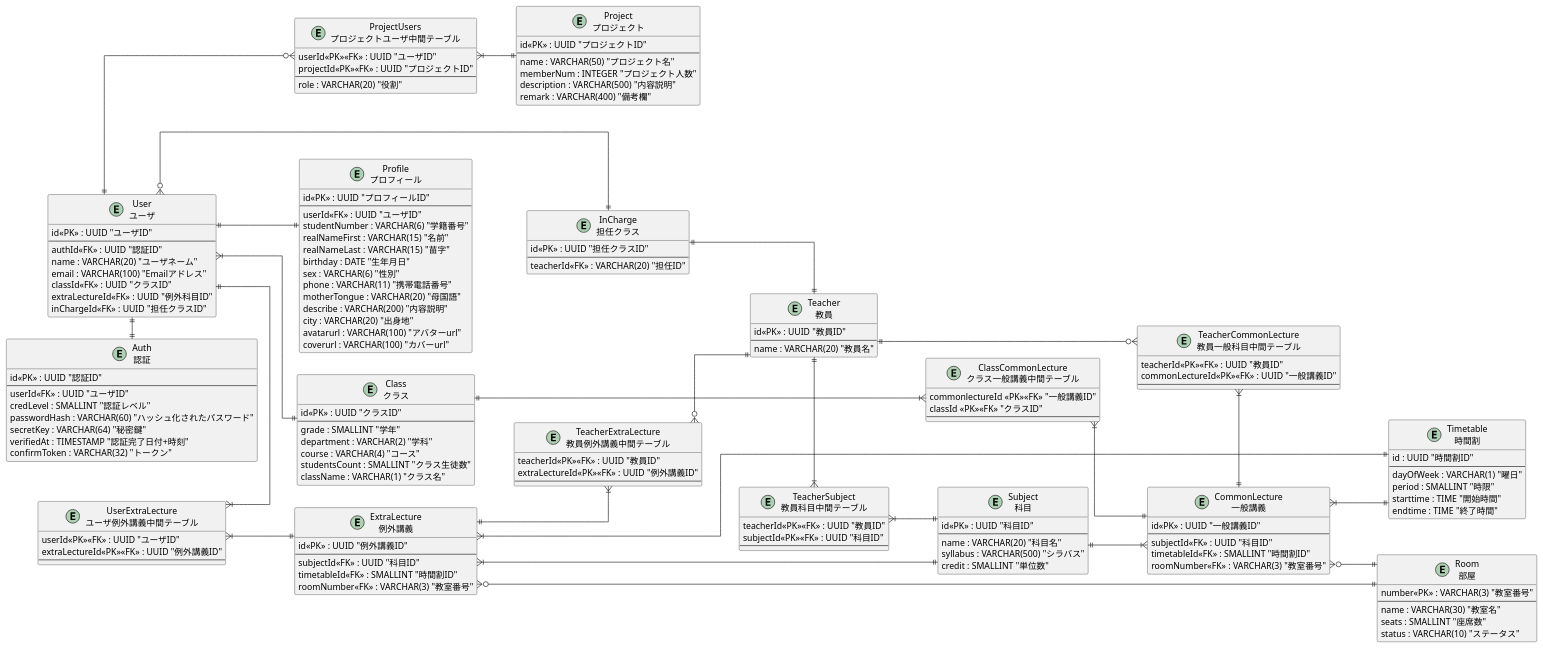
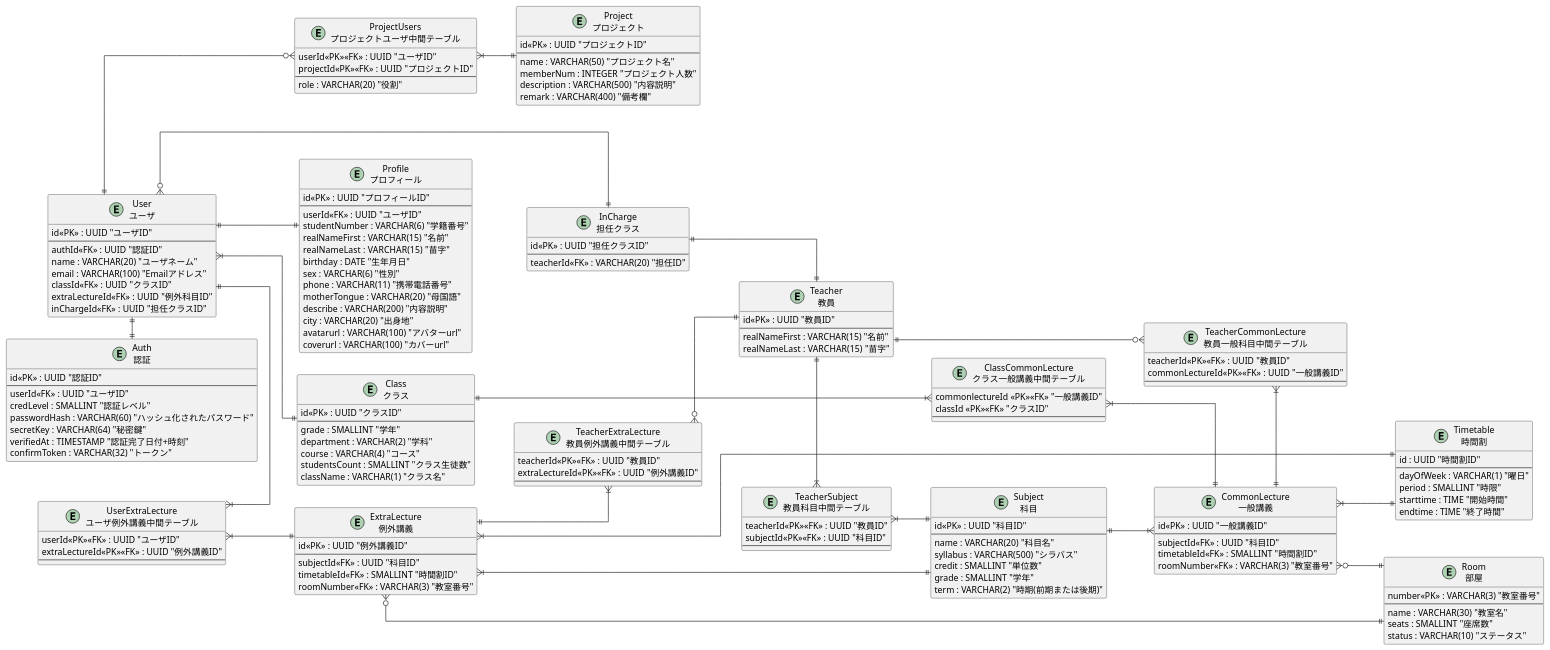
One commit to IPUT-Kernel/foundation-docs changed the diagram in er.plantuml. Above: the diagram before and after it, drawn with PlantUML.

```diff
--- a/er.plantuml
+++ b/er.plantuml
@@ -62,12 +62,15 @@
     name : VARCHAR(20) "科目名"
     syllabus : VARCHAR(500) "シラバス"
     credit : SMALLINT "単位数"
+    grade : SMALLINT "学年"
+    term : VARCHAR(2) "時期(前期または後期)"
 }
 
 entity Teacher as "Teacher\n教員"{
     id<<PK>> : UUID "教員ID"
     --
-    name : VARCHAR(20) "教員名"
+    realNameFirst : VARCHAR(15) "名前"
+    realNameLast : VARCHAR(15)  "苗字"
 }
 
 entity TeacherSubject as "TeacherSubject\n教員科目中間テーブル"{
```
